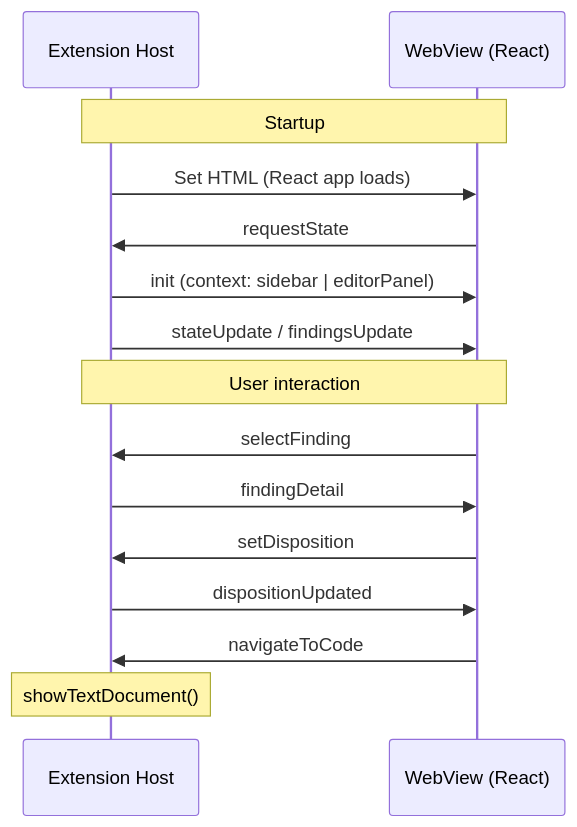
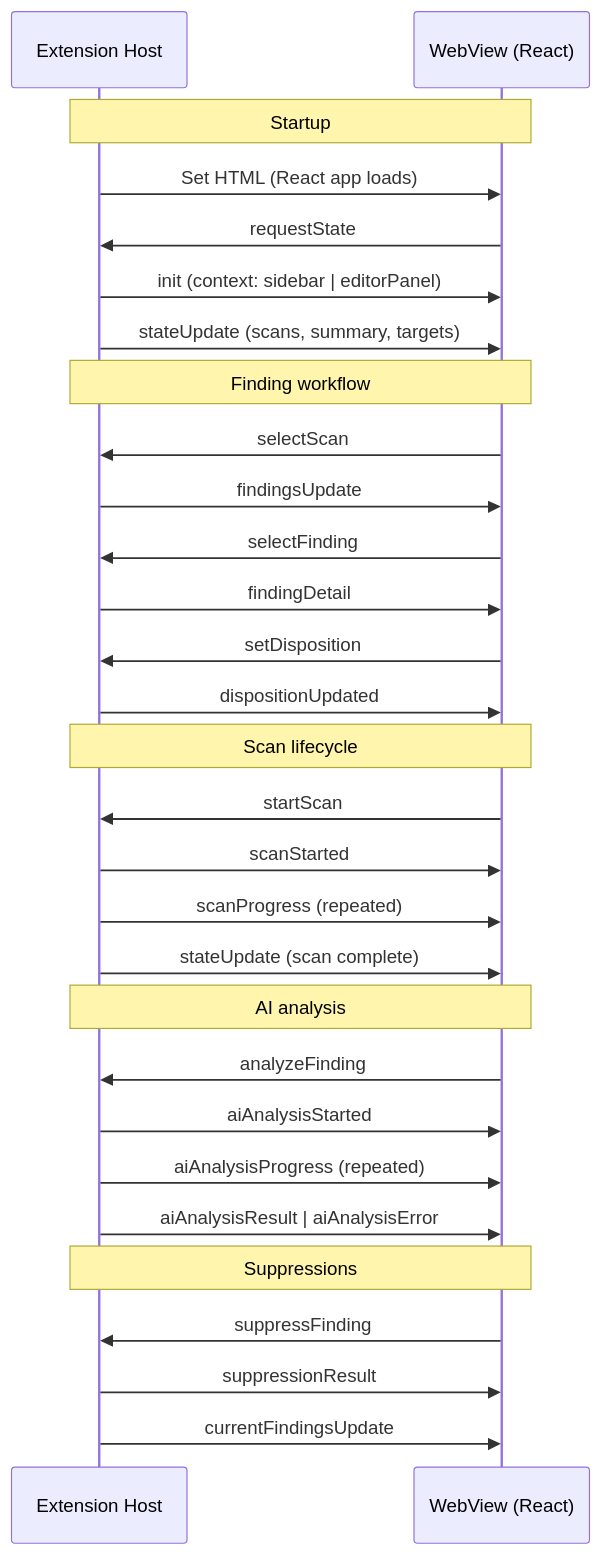
The diagram in workbench/docs/docs/developer-docs/architecture/message-protocol.md (vawsgit/automated-security-helper), drawn with Mermaid before and after one commit. The commit also changed other lines of this file and 48 other files, not shown here.

````diff
--- a/workbench/docs/docs/developer-docs/architecture/message-protocol.md
+++ b/workbench/docs/docs/developer-docs/architecture/message-protocol.md
@@ -25,19 +25,36 @@
 ```mermaid
 sequenceDiagram
     participant EH as Extension Host
     participant WV as WebView (React)
 
     Note over EH,WV: Startup
     EH->>WV: Set HTML (React app loads)
     WV->>EH: requestState
     EH->>WV: init (context: sidebar | editorPanel)
-    EH->>WV: stateUpdate / findingsUpdate
+    EH->>WV: stateUpdate (scans, summary, targets)
 
-    Note over EH,WV: User interaction
+    Note over EH,WV: Finding workflow
+    WV->>EH: selectScan
+    EH->>WV: findingsUpdate
     WV->>EH: selectFinding
     EH->>WV: findingDetail
     WV->>EH: setDisposition
     EH->>WV: dispositionUpdated
-    WV->>EH: navigateToCode
-    Note over EH: showTextDocument()
+
+    Note over EH,WV: Scan lifecycle
+    WV->>EH: startScan
+    EH->>WV: scanStarted
+    EH->>WV: scanProgress (repeated)
+    EH->>WV: stateUpdate (scan complete)
+
+    Note over EH,WV: AI analysis
+    WV->>EH: analyzeFinding
+    EH->>WV: aiAnalysisStarted
+    EH->>WV: aiAnalysisProgress (repeated)
+    EH->>WV: aiAnalysisResult | aiAnalysisError
+
+    Note over EH,WV: Suppressions
+    WV->>EH: suppressFinding
+    EH->>WV: suppressionResult
+    EH->>WV: currentFindingsUpdate
 ```
````
